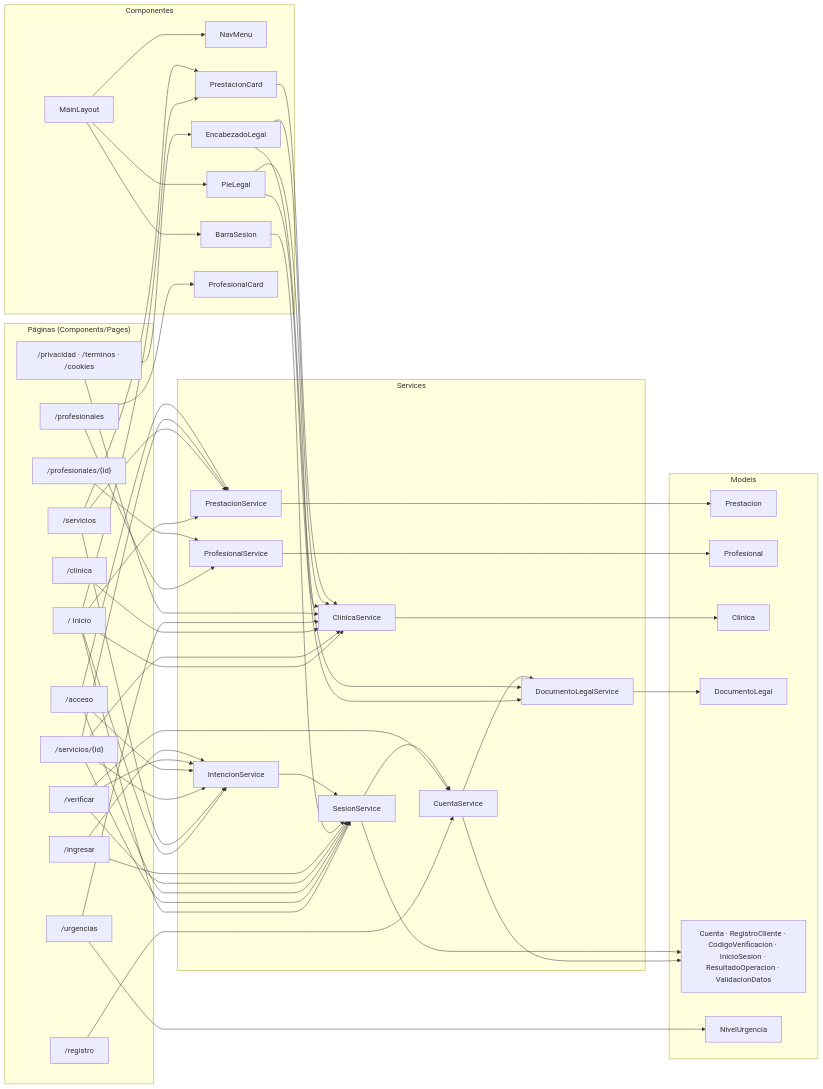
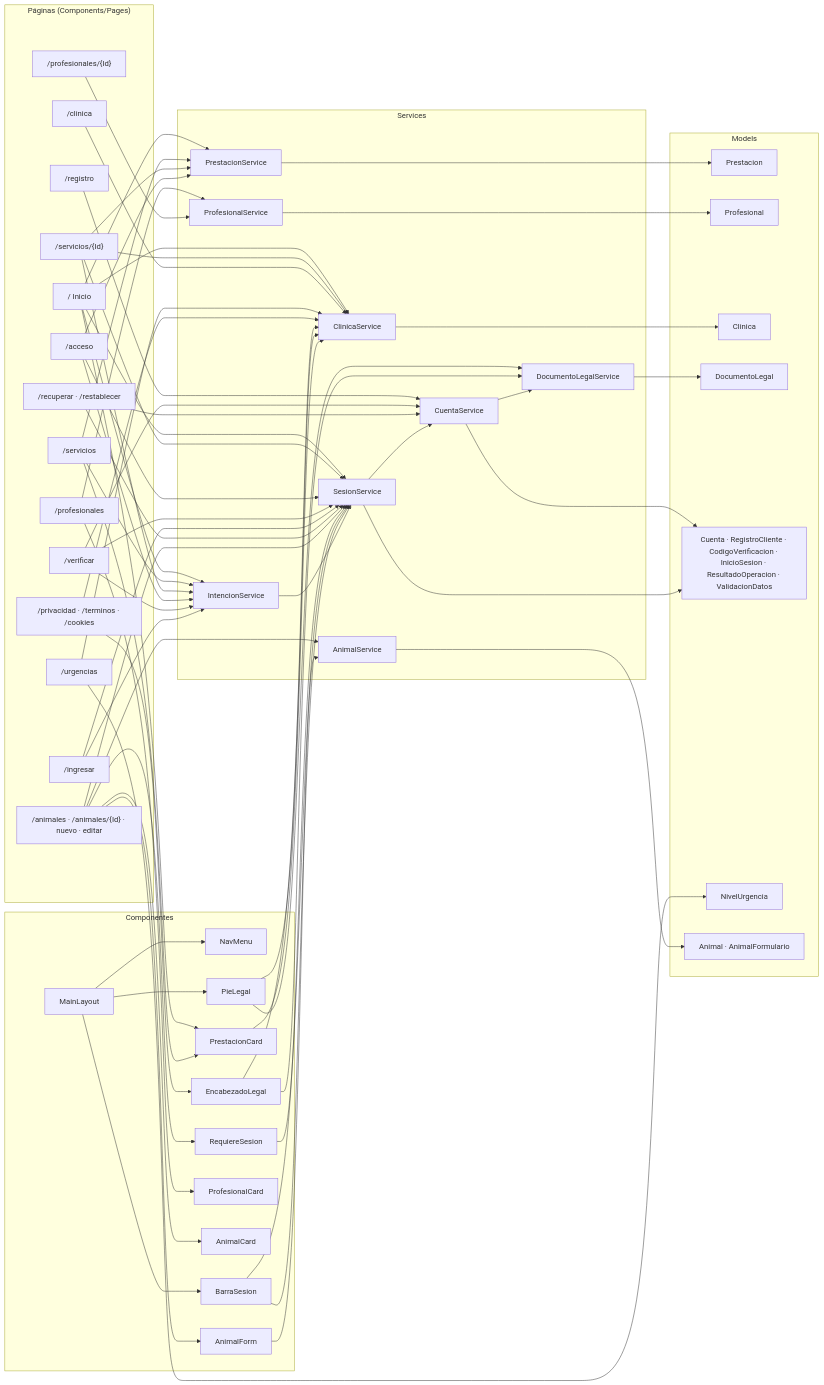
Before and after one commit to ericVignolo/ObligatorioDDM_DDA_Veterinaria: the diagram in desktop/README.md, drawn with Mermaid. The commit also changed other lines of this file and 43 other files, not shown here.

````diff
--- a/desktop/README.md
+++ b/desktop/README.md
@@ -39,6 +41,8 @@
         Registro["/registro"]
         Verificar["/verificar"]
         Ingresar["/ingresar"]
+        Recuperar["/recuperar · /restablecer"]
+        Animales["/animales · /animales/{Id} · nuevo · editar"]
     end
 
     subgraph Componentes["Componentes"]
@@ -49,6 +53,9 @@
         Encabezado["EncabezadoLegal"]
         PCard["PrestacionCard"]
         ProfCard["ProfesionalCard"]
+        ACard["AnimalCard"]
+        AForm["AnimalForm"]
+        Guard["RequiereSesion"]
     end
 
     subgraph Servicios_["Services"]
@@ -59,6 +66,7 @@
         SCuenta["CuentaService"]
         SSesion["SesionService"]
         SInt["IntencionService"]
+        SAnimal["AnimalService"]
     end
 
     subgraph Modelos["Models"]
@@ -68,6 +76,7 @@
         MLegal["DocumentoLegal"]
         MCuenta["Cuenta · RegistroCliente · CodigoVerificacion · InicioSesion · ResultadoOperacion · ValidacionDatos"]
         MNivel["NivelUrgencia"]
+        MAnimal["Animal · AnimalFormulario"]
     end
 
     Layout --> Nav & Barra & Pie
@@ -89,6 +98,12 @@
     Registro --> SCuenta
     Verificar --> SCuenta & SSesion & SInt
     Ingresar --> SSesion & SInt
+    Recuperar --> SCuenta & SSesion
+    Animales --> SAnimal & SSesion
+    Animales --> ACard & AForm & Guard
+    AForm --> SAnimal
+    Guard --> SSesion
+    Barra --> SSesion
     Barra --> SSesion
     Pie --> SLegal & SClin
     Encabezado --> SLegal & SClin
@@ -102,4 +117,5 @@
     SLegal --> MLegal
     SCuenta --> MCuenta
     SSesion --> MCuenta
+    SAnimal --> MAnimal
 ```
````
